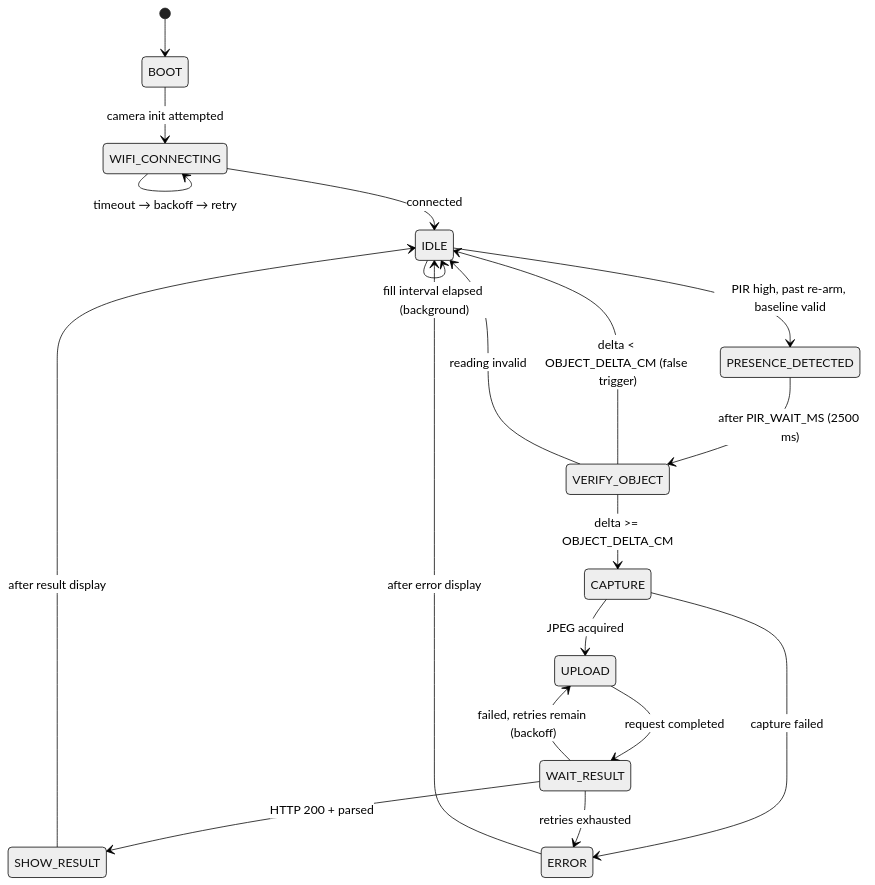
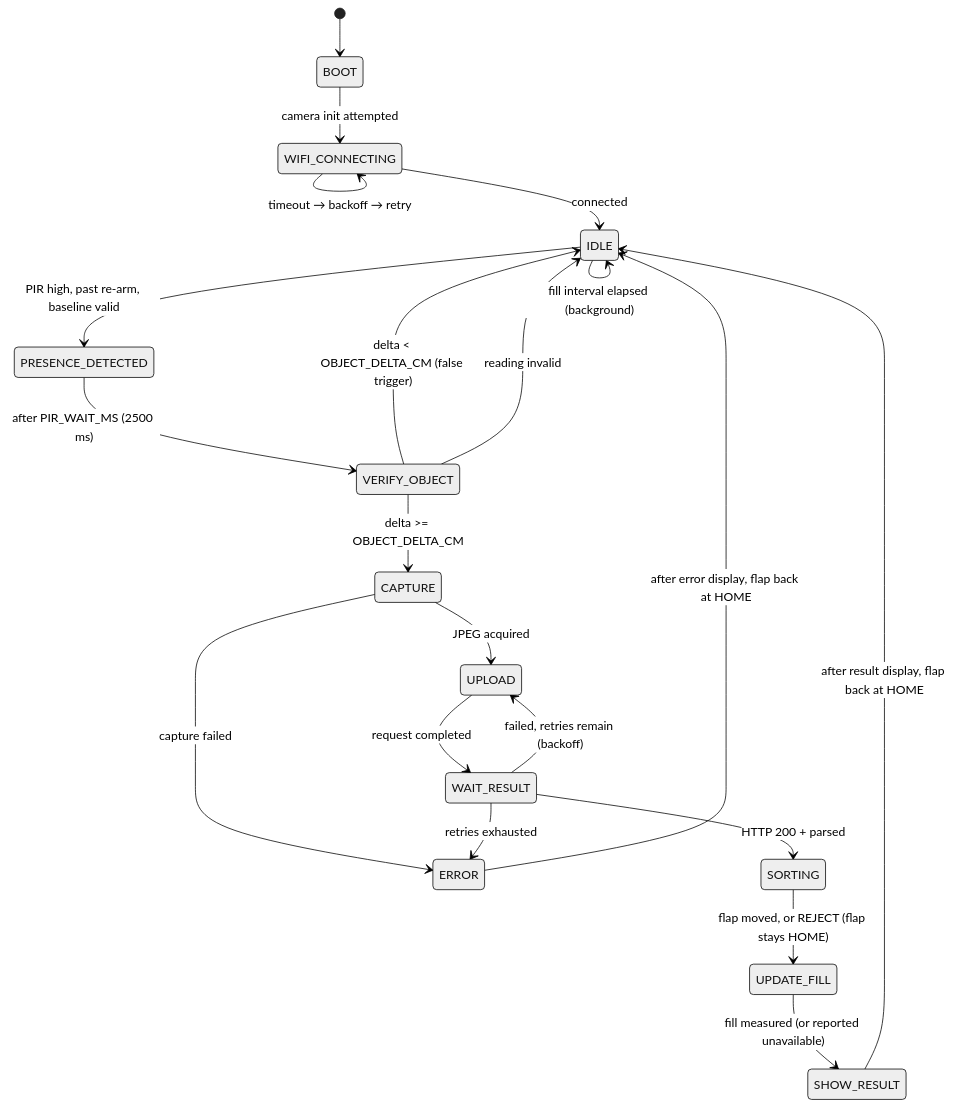
One commit to imninh/GBAI_v1 changed the diagram in iot/docs/state-machine.md. Above: the diagram before and after it, drawn with Mermaid (neutral theme). The commit also changed other lines of this file and 56 other files, not shown here.

````diff
--- a/iot/docs/state-machine.md
+++ b/iot/docs/state-machine.md
@@ -9,29 +9,32 @@
 ```mermaid
 stateDiagram-v2
     [*] --> BOOT
     BOOT --> WIFI_CONNECTING : camera init attempted
 
     WIFI_CONNECTING --> IDLE : connected
     WIFI_CONNECTING --> WIFI_CONNECTING : timeout → backoff → retry
 
     IDLE --> PRESENCE_DETECTED : PIR high, past re-arm, baseline valid
     IDLE --> IDLE : fill interval elapsed (background)
 
     PRESENCE_DETECTED --> VERIFY_OBJECT : after PIR_WAIT_MS (2500 ms)
 
     VERIFY_OBJECT --> IDLE : delta < OBJECT_DELTA_CM (false trigger)
     VERIFY_OBJECT --> IDLE : reading invalid
     VERIFY_OBJECT --> CAPTURE : delta >= OBJECT_DELTA_CM
 
     CAPTURE --> UPLOAD : JPEG acquired
     CAPTURE --> ERROR : capture failed
 
     UPLOAD --> WAIT_RESULT : request completed
 
-    WAIT_RESULT --> SHOW_RESULT : HTTP 200 + parsed
+    WAIT_RESULT --> SORTING : HTTP 200 + parsed
     WAIT_RESULT --> UPLOAD : failed, retries remain (backoff)
     WAIT_RESULT --> ERROR : retries exhausted
 
-    SHOW_RESULT --> IDLE : after result display
-    ERROR --> IDLE : after error display
+    SORTING --> UPDATE_FILL : flap moved, or REJECT (flap stays HOME)
+    UPDATE_FILL --> SHOW_RESULT : fill measured (or reported unavailable)
+
+    SHOW_RESULT --> IDLE : after result display, flap back at HOME
+    ERROR --> IDLE : after error display, flap back at HOME
 ```
````
